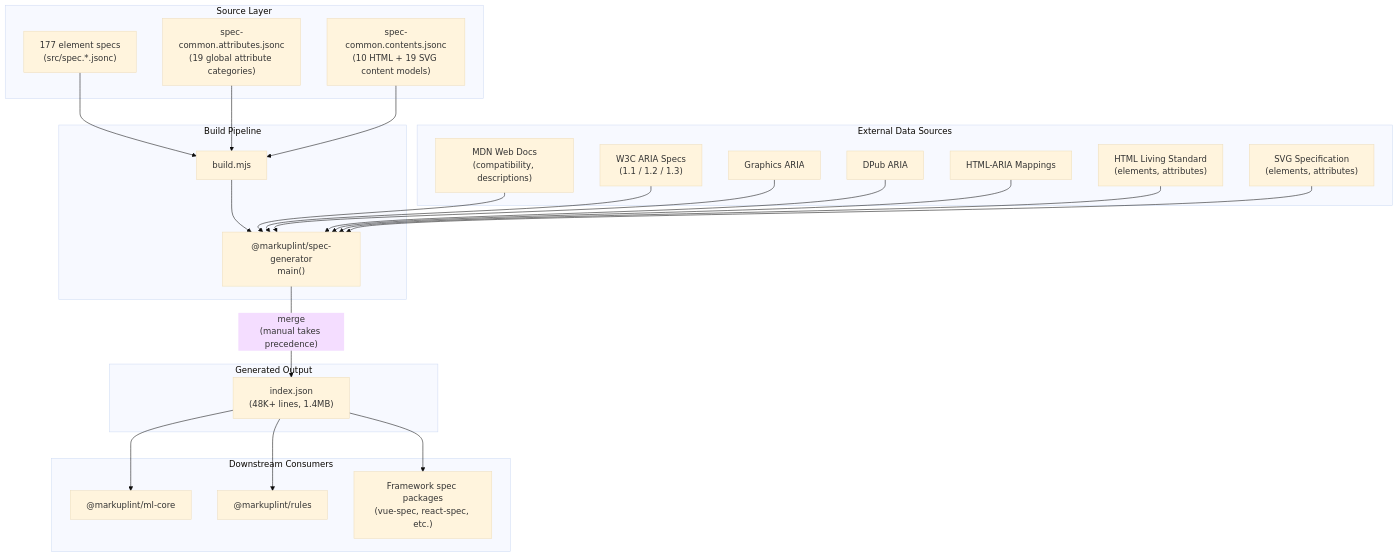
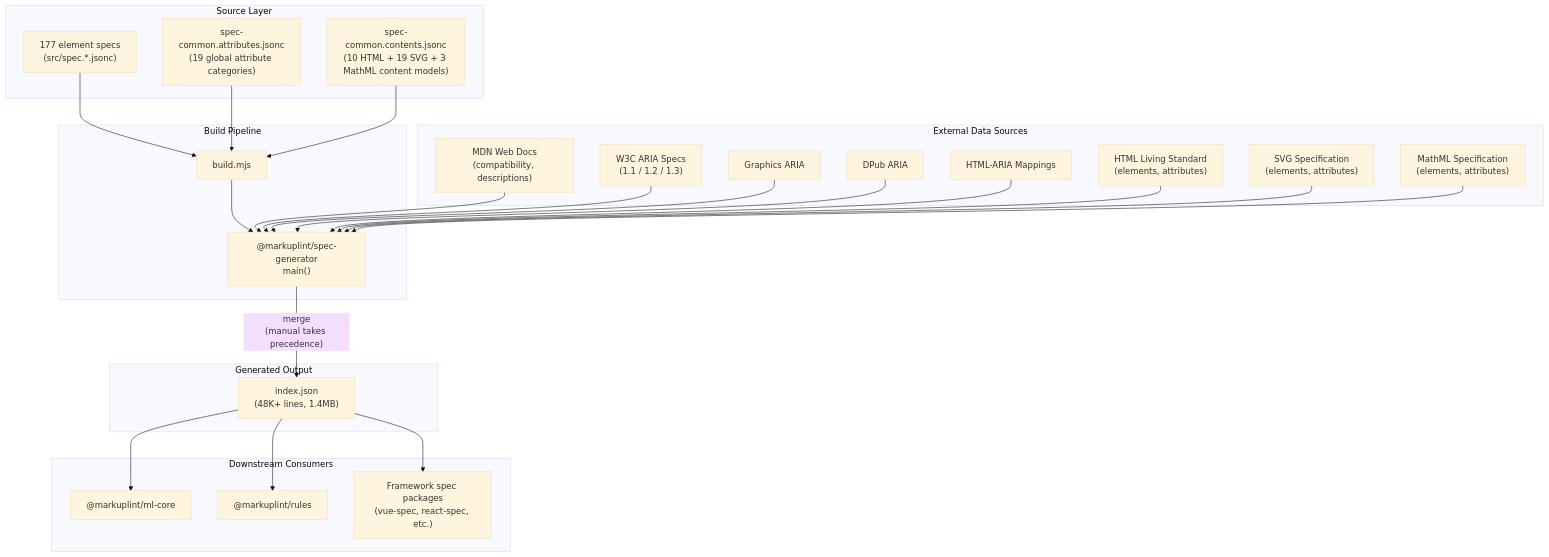
Before and after one commit to markuplint/markuplint: the first of 2 diagrams in packages/@markuplint/html-spec/ARCHITECTURE.md, drawn with Mermaid (base theme). The commit also changed other lines of this file and 44 other files, not shown here.

First line of the commit message:
feat(html-spec): add 32 MathML element specifications

````diff
--- a/packages/@markuplint/html-spec/ARCHITECTURE.md
+++ b/packages/@markuplint/html-spec/ARCHITECTURE.md
@@ -30,52 +31,54 @@
 ```mermaid
 flowchart TD
     subgraph sources ["Source Layer"]
         elemSpecs["177 element specs\n(src/spec.*.jsonc)"]
         commonAttrs["spec-common.attributes.jsonc\n(19 global attribute categories)"]
-        commonContents["spec-common.contents.jsonc\n(10 HTML + 19 SVG content models)"]
+        commonContents["spec-common.contents.jsonc\n(10 HTML + 19 SVG + 3 MathML content models)"]
     end
 
     subgraph build ["Build Pipeline"]
         buildScript["build.mjs"]
         specGen["@markuplint/spec-generator\nmain()"]
     end
 
     subgraph external ["External Data Sources"]
         mdn["MDN Web Docs\n(compatibility, descriptions)"]
         aria["W3C ARIA Specs\n(1.1 / 1.2 / 1.3)"]
         graphicsAria["Graphics ARIA"]
         dpubAria["DPub ARIA"]
         htmlAria["HTML-ARIA Mappings"]
         htmlLS["HTML Living Standard\n(elements, attributes)"]
         svg["SVG Specification\n(elements, attributes)"]
+        mathml["MathML Specification\n(elements, attributes)"]
     end
 
     subgraph output ["Generated Output"]
         indexJson["index.json\n(48K+ lines, 1.4MB)"]
     end
 
     subgraph consumers ["Downstream Consumers"]
         mlCore["@markuplint/ml-core"]
         rules["@markuplint/rules"]
         fwSpecs["Framework spec packages\n(vue-spec, react-spec, etc.)"]
     end
 
     elemSpecs --> buildScript
     commonAttrs --> buildScript
     commonContents --> buildScript
     buildScript --> specGen
 
     mdn --> specGen
     aria --> specGen
     graphicsAria --> specGen
     dpubAria --> specGen
     htmlAria --> specGen
     htmlLS --> specGen
     svg --> specGen
+    mathml --> specGen
 
     specGen -->|"merge\n(manual takes precedence)"| indexJson
 
     indexJson --> mlCore
     indexJson --> rules
     indexJson --> fwSpecs
 ```
````
